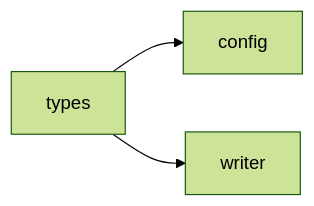
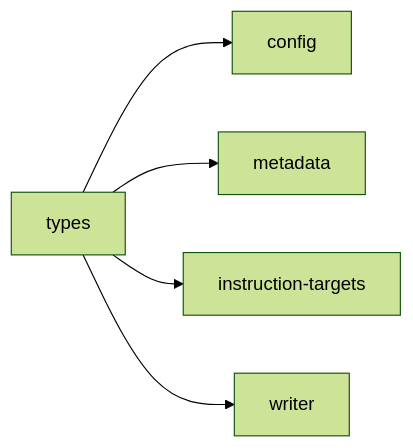
One commit to hellhellpnick/context-graph changed the diagram in .cursor/rules/ctxgraph--src-graph-builder-types.mdc. Above: the diagram before and after it, drawn with Mermaid (forest theme). The commit also changed other lines of this file and 200 other files, not shown here.

````diff
--- a/.cursor/rules/ctxgraph--src-graph-builder-types.mdc
+++ b/.cursor/rules/ctxgraph--src-graph-builder-types.mdc
@@ -14,6 +14,8 @@
 ```mermaid
 graph LR
   types[types]
   types --> config[config]
+  types --> metadata[metadata]
+  types --> instruction_targets[instruction-targets]
   types --> writer[writer]
 ```
````
